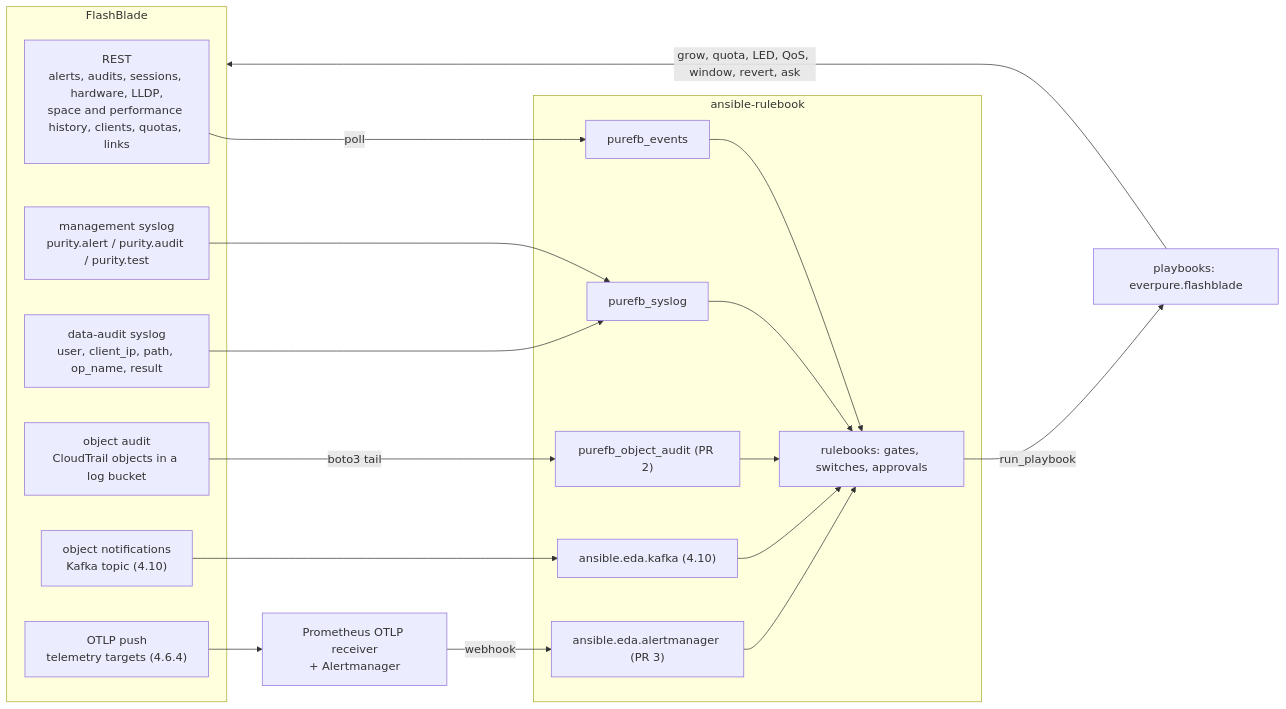
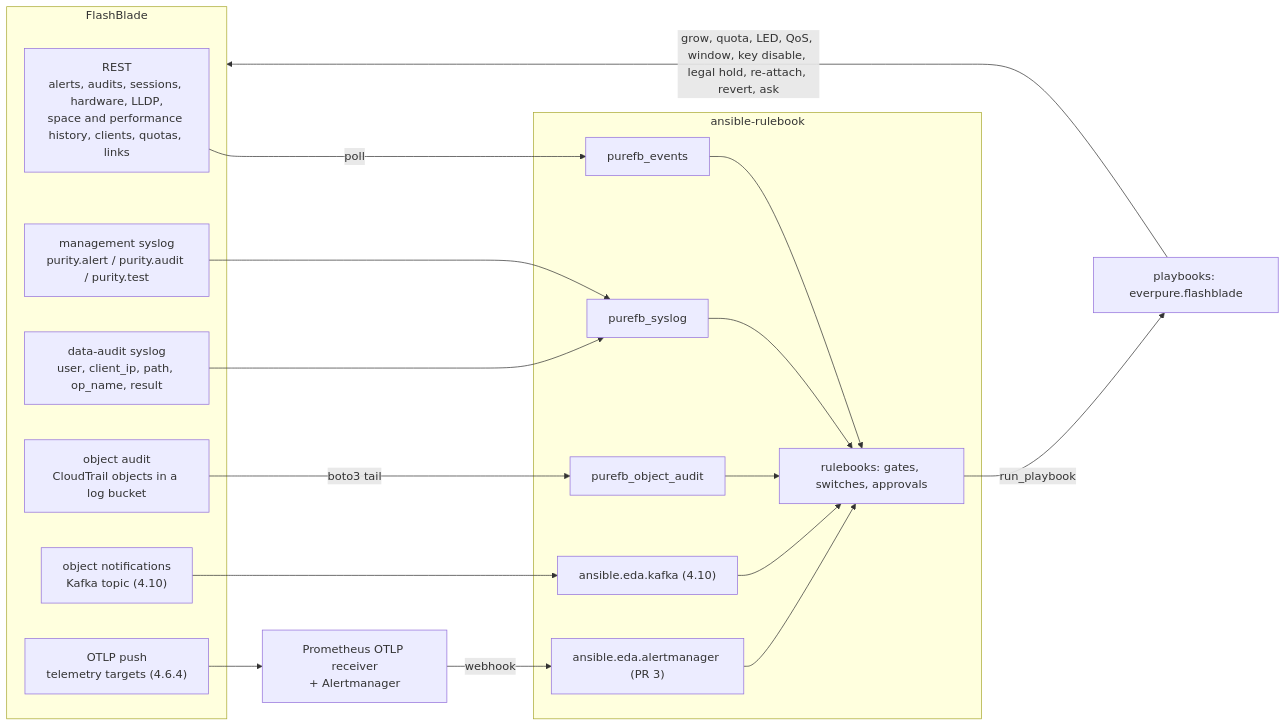
Before and after one commit to sdodsley/flashblade-eda: the diagram in README.md, drawn with Mermaid. The commit also changed other lines of this file and 6 other files, not shown here.

````diff
--- a/README.md
+++ b/README.md
@@ -34,28 +42,28 @@
 ```mermaid
 flowchart LR
   subgraph fb["FlashBlade"]
     rest["REST<br/>alerts, audits, sessions, hardware, LLDP,<br/>space and performance history, clients, quotas, links"]
     mlog["management syslog<br/>purity.alert / purity.audit / purity.test"]
     dlog["data-audit syslog<br/>user, client_ip, path, op_name, result"]
     oaud["object audit<br/>CloudTrail objects in a log bucket"]
     kafka["object notifications<br/>Kafka topic (4.10)"]
     otlp["OTLP push<br/>telemetry targets (4.6.4)"]
   end
   subgraph rb["ansible-rulebook"]
     ev["purefb_events"]
     sl["purefb_syslog"]
-    oa["purefb_object_audit (PR 2)"]
+    oa["purefb_object_audit"]
     kf["ansible.eda.kafka (4.10)"]
     am["ansible.eda.alertmanager (PR 3)"]
     rules["rulebooks: gates, switches, approvals"]
   end
   prom["Prometheus OTLP receiver<br/>+ Alertmanager"]
   pb["playbooks: everpure.flashblade"]
   rest -->|poll| ev --> rules
   mlog --> sl --> rules
   dlog --> sl
   oaud -->|boto3 tail| oa --> rules
   kafka --> kf --> rules
   otlp --> prom -->|webhook| am --> rules
-  rules -->|run_playbook| pb -->|"grow, quota, LED, QoS, window, revert, ask"| fb
+  rules -->|run_playbook| pb -->|"grow, quota, LED, QoS, window, key disable, legal hold, re-attach, revert, ask"| fb
 ```
````
